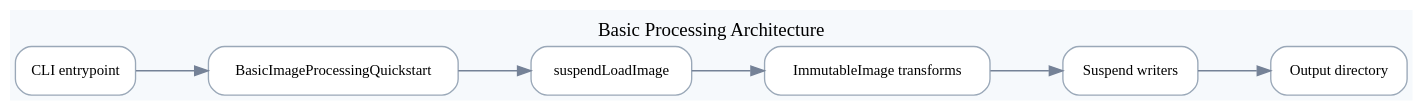
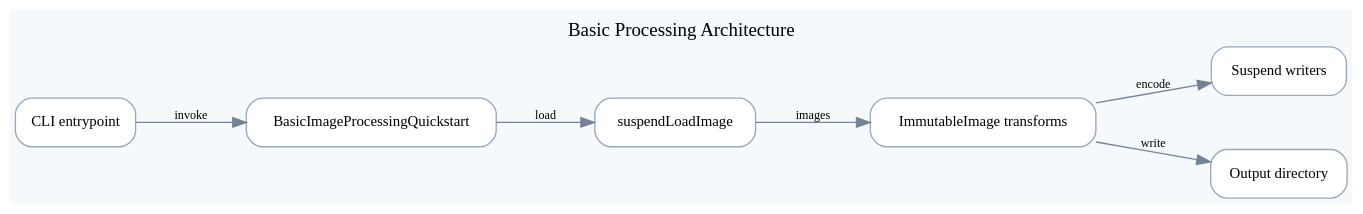
Before and after one commit to bluetape4k/bluetape4k-image: the diagram in docs/images/readme-diagrams/examples-basic-processing-architecture-01.dot, drawn with Graphviz. The commit also changed 40 other files, not shown here.

First line of the commit message:
docs: validate example diagram routing

```diff
--- a/docs/images/readme-diagrams/examples-basic-processing-architecture-01.dot
+++ b/docs/images/readme-diagrams/examples-basic-processing-architecture-01.dot
@@ -1,18 +1,18 @@
 digraph G {
   graph [rankdir=LR, bgcolor="#F6F9FC", margin=0.18, nodesep=0.55, ranksep=0.75];
   node [shape=box, style="rounded,filled", fillcolor="#FFFFFF", color="#9AA8B8", fontname="Comic Mono", fontsize=11];
   edge [color="#758297", fontname="Comic Mono", fontsize=9];
   label="Basic Processing Architecture";
   labelloc="t";
   "cli" [label="CLI entrypoint"];
   "quickstart" [label="BasicImageProcessingQuickstart"];
   "loader" [label="suspendLoadImage"];
   "transforms" [label="ImmutableImage transforms"];
   "writers" [label="Suspend writers"];
   "outputs" [label="Output directory"];
-  "cli" -> "quickstart" [label=""];
-  "quickstart" -> "loader" [label=""];
-  "loader" -> "transforms" [label=""];
-  "transforms" -> "writers" [label=""];
-  "writers" -> "outputs" [label=""];
+  "cli" -> "quickstart" [label="invoke"];
+  "quickstart" -> "loader" [label="load"];
+  "loader" -> "transforms" [label="images"];
+  "transforms" -> "writers" [label="encode"];
+  "transforms" -> "outputs" [label="write"];
 }
```
